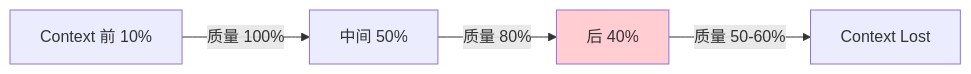
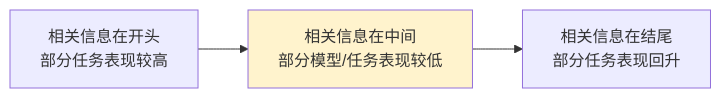
Before and after one commit to BeefWrap4/LLM-Knowledge-Base: the second of 4 diagrams in 29_Context_Engineering.md, drawn with Mermaid. The commit also changed other lines of this file and 454 other files, not shown here.

````diff
--- a/29_Context_Engineering.md
+++ b/29_Context_Engineering.md
@@ -98,7 +110,6 @@
 ```mermaid
 graph LR
-    A["Context 前 10%"] -->|"质量 100%"| B["中间 50%"]
-    B -->|"质量 80%"| C["后 40%"]
-    C -->|"质量 50-60%"| D["Context Lost"]
-    style C fill:#ffcdd2
+    A["相关信息在开头<br/>部分任务表现较高"] --> B["相关信息在中间<br/>部分模型/任务表现较低"]
+    B --> C["相关信息在结尾<br/>部分任务表现回升"]
+    style B fill:#fff3cd
 ```
````
